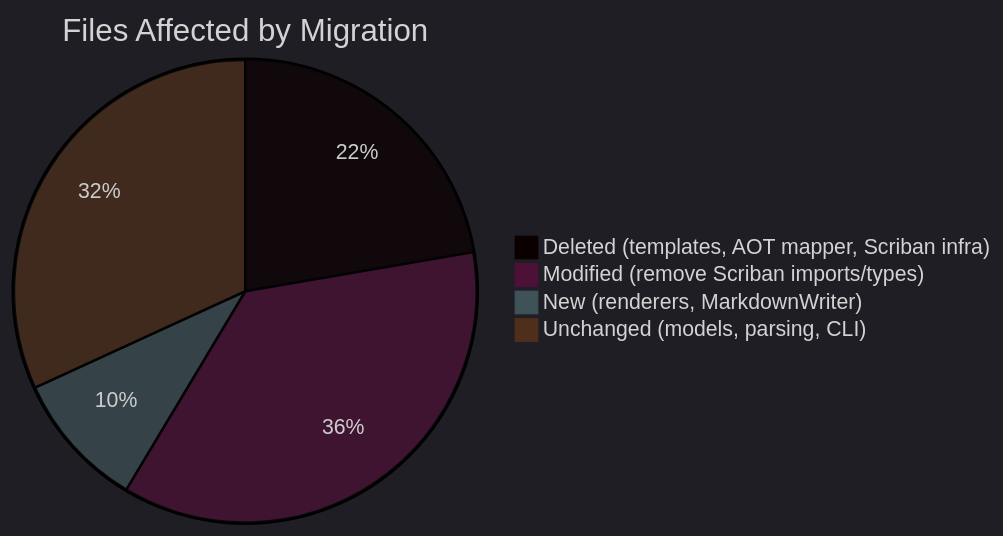
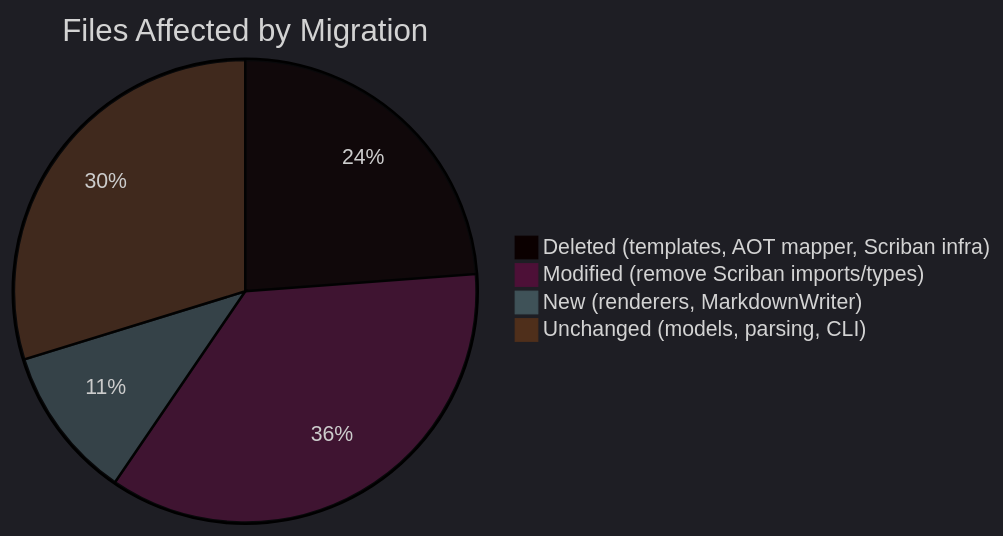
One commit to oocx/tfplan2md changed diagram 23 of 25 in docs/architecture-without-scriban.md. Above: the diagram before and after it, drawn with Mermaid. The commit also changed other lines of this file, not shown here.

Commit message:
docs: update architecture doc with PR 569 changes and comprehensive review additions

````diff
--- a/docs/architecture-without-scriban.md
+++ b/docs/architecture-without-scriban.md
@@ -1129,8 +1511,8 @@
 ```mermaid
 %%{init: {'theme':'dark', 'themeVariables': { 'fontSize':'14px', 'fontFamily':'ui-sans-serif, system-ui, sans-serif'}}}%%
 pie title Files Affected by Migration
-    "Deleted (templates, AOT mapper, Scriban infra)" : 35
-    "Modified (remove Scriban imports/types)" : 57
-    "New (renderers, MarkdownWriter)" : 15
+    "Deleted (templates, AOT mapper, Scriban infra)" : 40
+    "Modified (remove Scriban imports/types)" : 60
+    "New (renderers, MarkdownWriter)" : 18
     "Unchanged (models, parsing, CLI)" : 50
 ```
````
